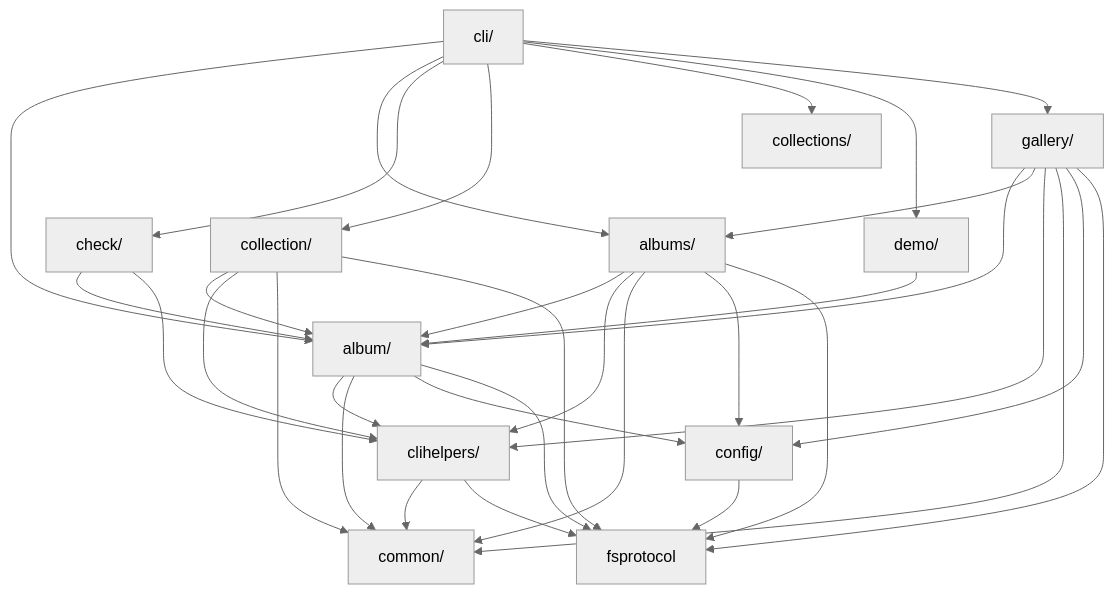
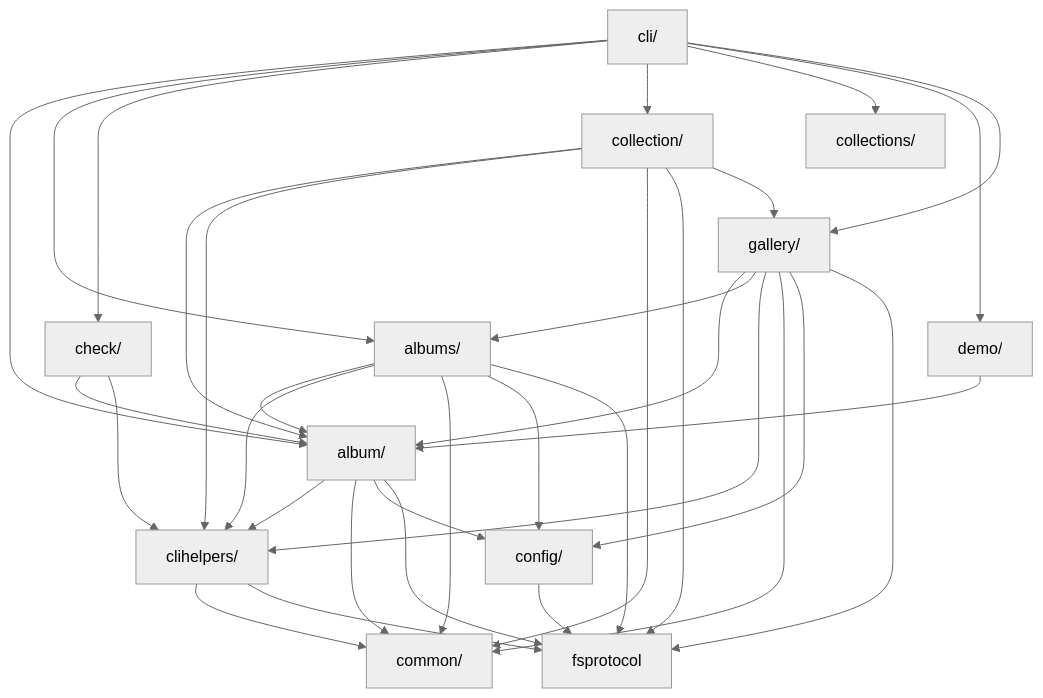
One commit to iglootools/photree changed the diagram in docs/architecture.md. Above: the diagram before and after it, drawn with Mermaid (neutral theme). The commit also changed 9 other files, not shown here.

````diff
--- a/docs/architecture.md
+++ b/docs/architecture.md
@@ -17,48 +17,49 @@
 ```mermaid
 graph TD
     album["album/"]
     albums["albums/"]
     check["check/"]
     cli["cli/"]
     clihelpers["clihelpers/"]
     collection["collection/"]
     collections["collections/"]
     common["common/"]
     config["config/"]
     demo["demo/"]
     fsprotocol["fsprotocol"]
     gallery["gallery/"]
 
     album --> clihelpers
     album --> common
     album --> config
     album --> fsprotocol
     albums --> album
     albums --> clihelpers
     albums --> common
     albums --> config
     albums --> fsprotocol
     check --> album
     check --> clihelpers
     cli --> album
     cli --> albums
     cli --> check
     cli --> collection
     cli --> collections
     cli --> demo
     cli --> gallery
     clihelpers --> common
     clihelpers --> fsprotocol
     collection --> album
     collection --> clihelpers
     collection --> common
     collection --> fsprotocol
+    collection --> gallery
     config --> fsprotocol
     demo --> album
     gallery --> album
     gallery --> albums
     gallery --> clihelpers
     gallery --> common
     gallery --> config
     gallery --> fsprotocol
 ```
````
